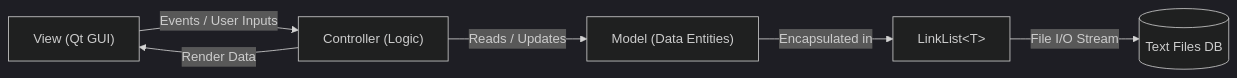
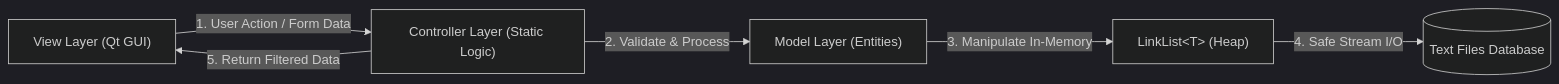
One commit to LeHuuHoang-26/PBL_2 changed the first of 3 diagrams in Algorithms.md. Above: the diagram before and after it, drawn with Mermaid (dark theme). The commit also changed other lines of this file and 27 other files, not shown here.

````diff
--- a/Algorithms.md
+++ b/Algorithms.md
@@ -55,8 +132,8 @@
 ```mermaid
 flowchart LR
-    V["View (Qt GUI)"] -- "Events / User Inputs" --> C["Controller (Logic)"]
-    C -- "Reads / Updates" --> M["Model (Data Entities)"]
-    M -- "Encapsulated in" --> LL["LinkList&lt;T&gt;"]
-    LL -- "File I/O Stream" --> FS[("Text Files DB")]
-    C -- "Render Data" --> V
+    V["View Layer (Qt GUI)"] -- "1. User Action / Form Data" --> C["Controller Layer (Static Logic)"]
+    C -- "2. Validate & Process" --> M["Model Layer (Entities)"]
+    M -- "3. Manipulate In-Memory" --> LL["LinkList&lt;T&gt; (Heap)"]
+    LL -- "4. Safe Stream I/O" --> FS[("Text Files Database")]
+    C -- "5. Return Filtered Data" --> V
 ```
````
